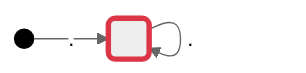
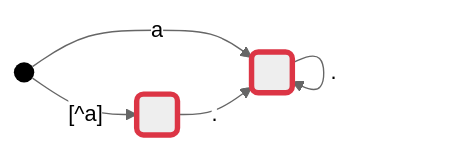
Before and after one commit to ahogappa0613/spexm: the diagram in src/result.md, drawn with Mermaid (neutral theme). The commit also changed 3 other files, not shown here.

````diff
--- a/src/result.md
+++ b/src/result.md
@@ -2,9 +2,13 @@
 ```mermaid
 graph LR
+    0(( ))
     1( )
-    0(( ))
+    2( )
+    style 0 fill:#000,stroke-width:0px
     style 1 stroke:#dc3545,stroke-width:4px
-    style 0 fill:#000,stroke-width:0px
-    1 -- "." --> 1
-    0 -- "." --> 1
+    style 2 stroke:#dc3545,stroke-width:4px
+    0 -- "[^a]" --> 1
+    0 -- "a" --> 2
+    1 -- "." --> 2
+    2 -- "." --> 2
 ```
````
